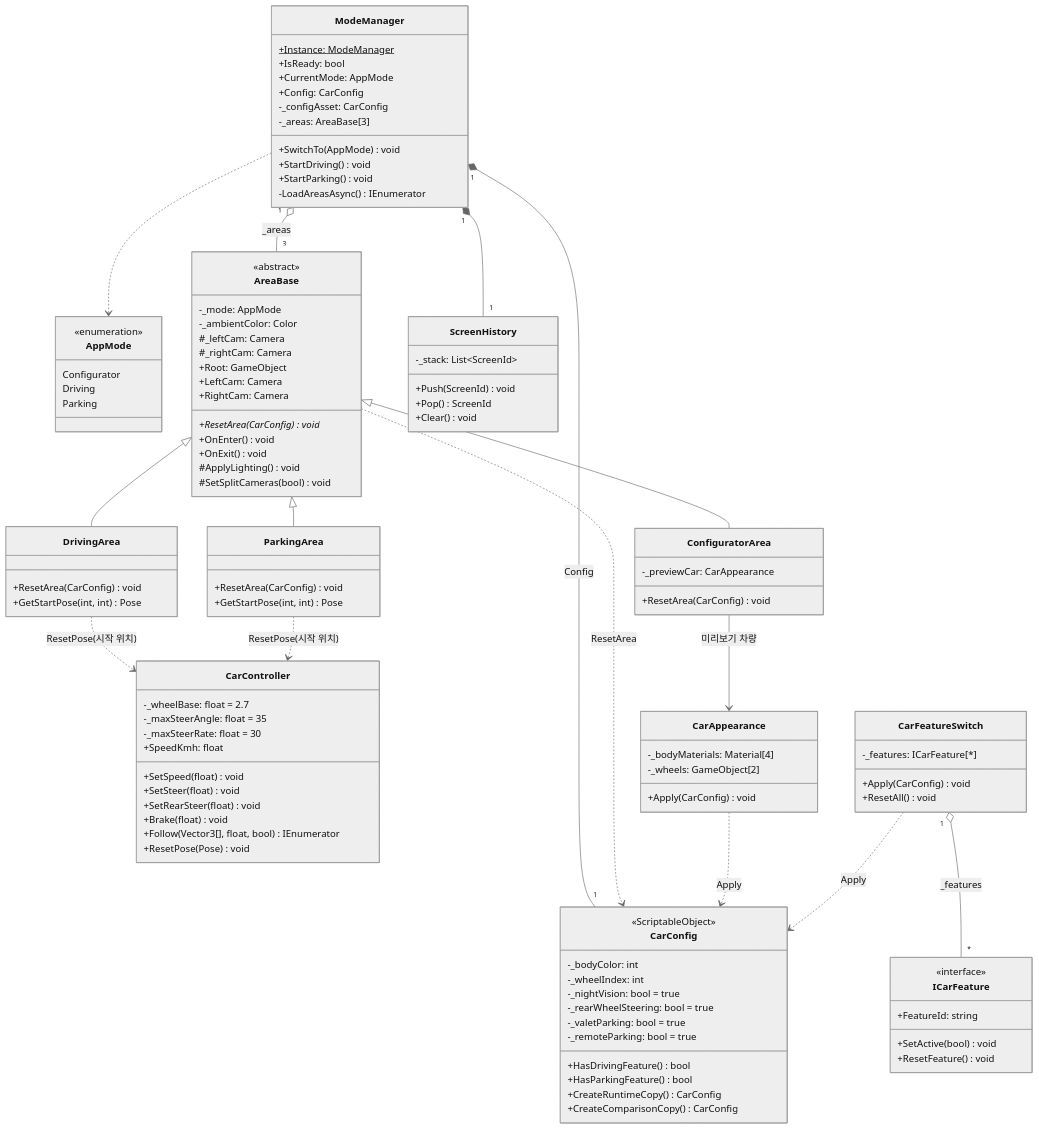
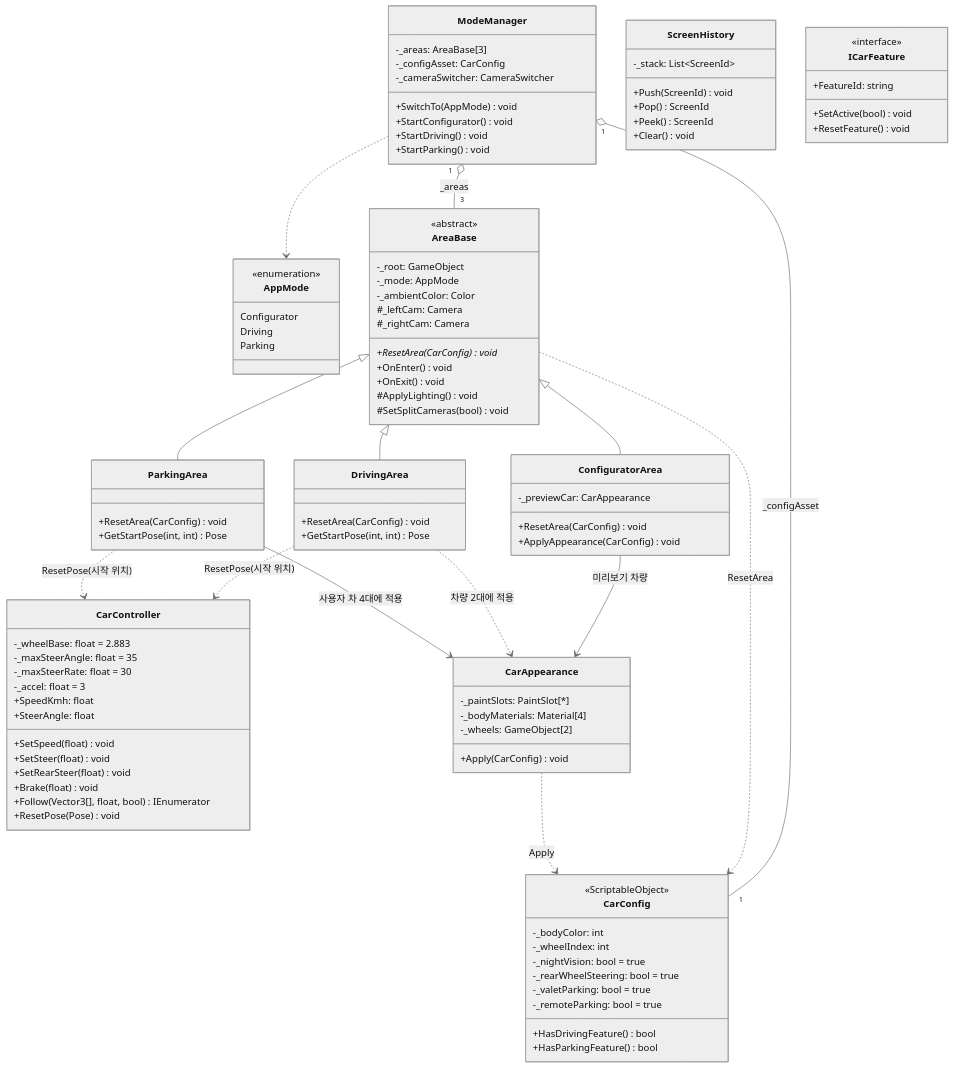
Before and after one commit to cuhote/YEYU_CarConfigurator_UnityProject: the first of 4 diagrams in docs/CLASS_DESIGN.md, drawn with Mermaid (neutral theme). The commit also changed other lines of this file and 4 other files, not shown here.

````diff
--- a/docs/CLASS_DESIGN.md
+++ b/docs/CLASS_DESIGN.md
@@ -65,16 +69,13 @@
 classDiagram
   direction TB
   class ModeManager {
-    +Instance: ModeManager$
-    +IsReady: bool
-    +CurrentMode: AppMode
-    +Config: CarConfig
+    -_areas: AreaBase[3]
     -_configAsset: CarConfig
-    -_areas: AreaBase[3]
+    -_cameraSwitcher: CameraSwitcher
     +SwitchTo(AppMode) void
+    +StartConfigurator() void
     +StartDriving() void
     +StartParking() void
-    -LoadAreasAsync() IEnumerator
   }
   class AppMode {
     <<enumeration>>
@@ -84,13 +85,11 @@
   }
   class AreaBase {
     <<abstract>>
+    -_root: GameObject
     -_mode: AppMode
     -_ambientColor: Color
     #_leftCam: Camera
     #_rightCam: Camera
-    +Root: GameObject
-    +LeftCam: Camera
-    +RightCam: Camera
     +ResetArea(CarConfig)* void
     +OnEnter() void
     +OnExit() void
@@ -100,6 +99,7 @@
   class ConfiguratorArea {
     -_previewCar: CarAppearance
     +ResetArea(CarConfig) void
+    +ApplyAppearance(CarConfig) void
   }
   class DrivingArea {
     +ResetArea(CarConfig) void
@@ -119,13 +119,12 @@
     -_remoteParking: bool = true
     +HasDrivingFeature() bool
     +HasParkingFeature() bool
-    +CreateRuntimeCopy() CarConfig
-    +CreateComparisonCopy() CarConfig
   }
   class ScreenHistory {
     -_stack: List~ScreenId~
     +Push(ScreenId) void
     +Pop() ScreenId
+    +Peek() ScreenId
     +Clear() void
   }
   class ICarFeature {
@@ -135,10 +134,12 @@
     +ResetFeature() void
   }
   class CarController {
-    -_wheelBase: float = 2.7
+    -_wheelBase: float = 2.883
     -_maxSteerAngle: float = 35
     -_maxSteerRate: float = 30
+    -_accel: float = 3
     +SpeedKmh: float
+    +SteerAngle: float
     +SetSpeed(float) void
     +SetSteer(float) void
     +SetRearSteer(float) void
@@ -147,27 +148,22 @@
     +ResetPose(Pose) void
   }
   class CarAppearance {
+    -_paintSlots: PaintSlot[*]
     -_bodyMaterials: Material[4]
     -_wheels: GameObject[2]
     +Apply(CarConfig) void
-  }
-  class CarFeatureSwitch {
-    -_features: ICarFeature[*]
-    +Apply(CarConfig) void
-    +ResetAll() void
   }
   AreaBase <|-- ConfiguratorArea
   AreaBase <|-- DrivingArea
   AreaBase <|-- ParkingArea
   ModeManager "1" o-- "3" AreaBase : _areas
-  ModeManager "1" *-- "1" CarConfig : Config
-  ModeManager "1" *-- "1" ScreenHistory
+  ModeManager "1" o-- "1" CarConfig : _configAsset
   ModeManager ..> AppMode
   AreaBase ..> CarConfig : ResetArea
   DrivingArea ..> CarController : ResetPose(시작 위치)
   ParkingArea ..> CarController : ResetPose(시작 위치)
   ConfiguratorArea --> CarAppearance : 미리보기 차량
+  DrivingArea ..> CarAppearance : 차량 2대에 적용
+  ParkingArea --> CarAppearance : 사용자 차 4대에 적용
   CarAppearance ..> CarConfig : Apply
-  CarFeatureSwitch ..> CarConfig : Apply
-  CarFeatureSwitch "1" o-- "*" ICarFeature : _features
 ```
````
